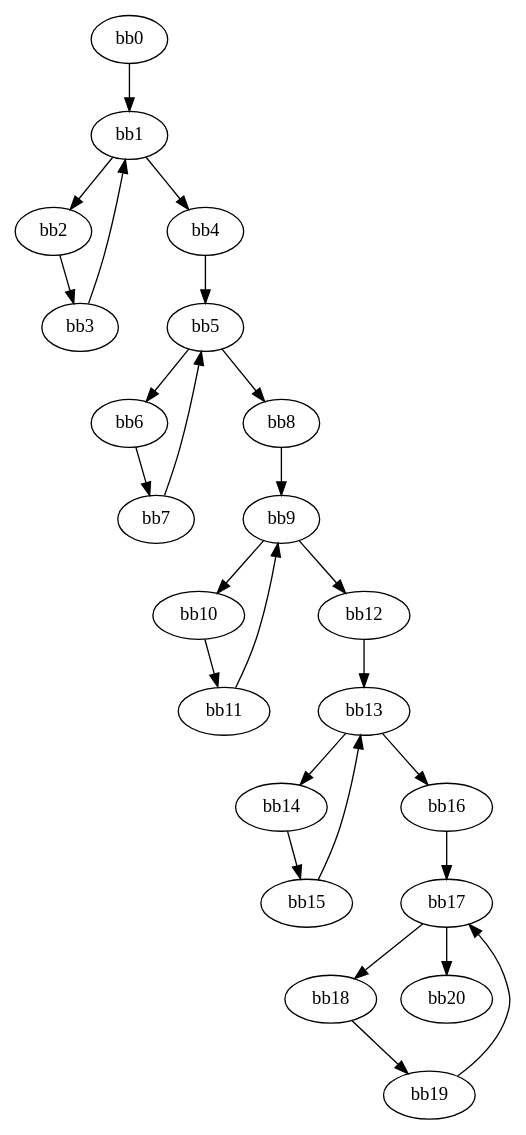
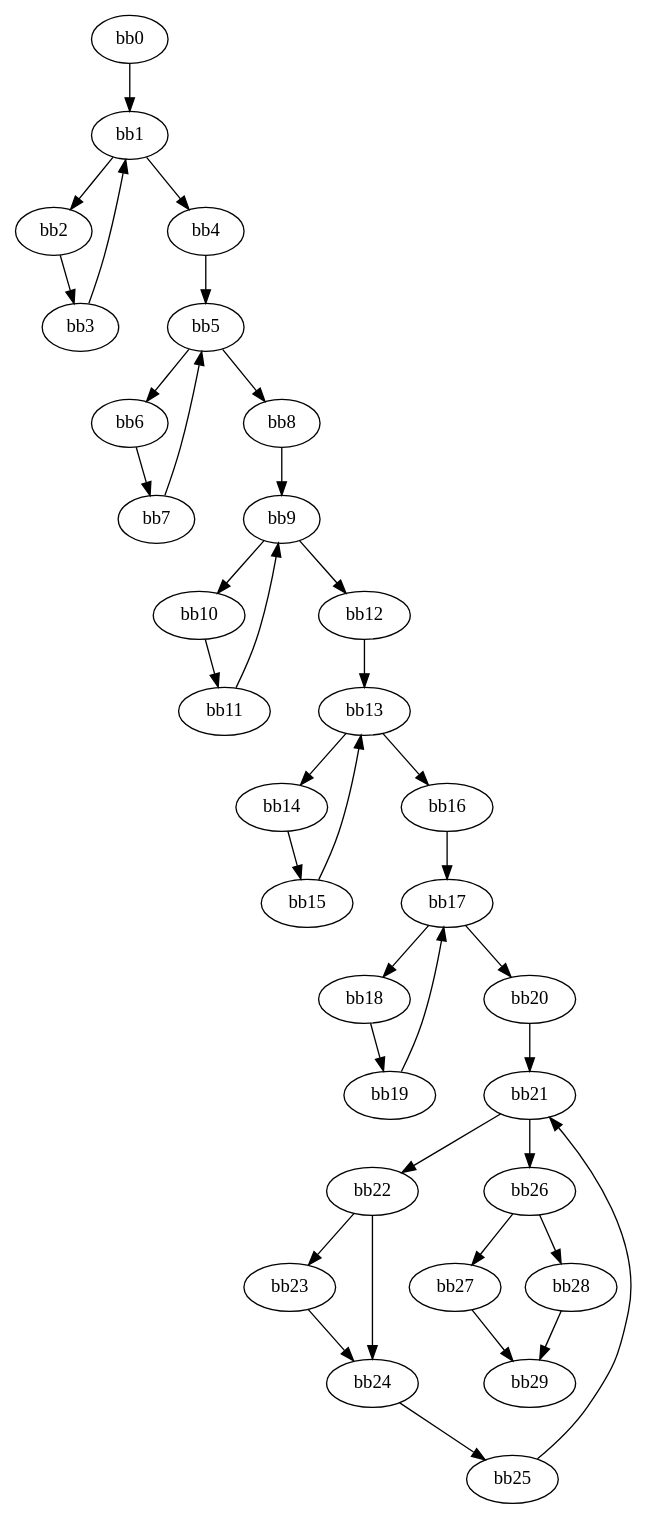
Before and after one commit to HansGiesen/hls_tuner: the diagram in Prebuilt/Synth/_sds/.llvm/_xcfg_px_cfg_main.dot, drawn with Graphviz. The commit also changed 2923 other files, not shown here.

```diff
--- a/Prebuilt/Synth/_sds/.llvm/_xcfg_px_cfg_main.dot
+++ b/Prebuilt/Synth/_sds/.llvm/_xcfg_px_cfg_main.dot
@@ -1,48 +1,69 @@
 digraph cfg {
 v0 [label = "bb0"];
 v1 [label = "bb1"];
 v2 [label = "bb2"];
 v3 [label = "bb3"];
 v4 [label = "bb4"];
 v5 [label = "bb5"];
 v6 [label = "bb6"];
 v7 [label = "bb7"];
 v8 [label = "bb8"];
 v9 [label = "bb9"];
 v10 [label = "bb10"];
 v11 [label = "bb11"];
 v12 [label = "bb12"];
 v13 [label = "bb13"];
 v14 [label = "bb14"];
 v15 [label = "bb15"];
 v16 [label = "bb16"];
 v17 [label = "bb17"];
 v18 [label = "bb18"];
 v19 [label = "bb19"];
 v20 [label = "bb20"];
+v21 [label = "bb21"];
+v22 [label = "bb22"];
+v23 [label = "bb23"];
+v24 [label = "bb24"];
+v25 [label = "bb25"];
+v26 [label = "bb26"];
+v27 [label = "bb27"];
+v28 [label = "bb28"];
+v29 [label = "bb29"];
 v0 -> v1;
 v1 -> v2;
 v1 -> v4;
 v2 -> v3;
 v3 -> v1;
 v4 -> v5;
 v5 -> v6;
 v5 -> v8;
 v6 -> v7;
 v7 -> v5;
 v8 -> v9;
 v9 -> v10;
 v9 -> v12;
 v10 -> v11;
 v11 -> v9;
 v12 -> v13;
 v13 -> v14;
 v13 -> v16;
 v14 -> v15;
 v15 -> v13;
 v16 -> v17;
 v17 -> v18;
 v17 -> v20;
 v18 -> v19;
 v19 -> v17;
+v20 -> v21;
+v21 -> v22;
+v21 -> v26;
+v22 -> v24;
+v22 -> v23;
+v23 -> v24;
+v24 -> v25;
+v25 -> v21;
+v26 -> v28;
+v26 -> v27;
+v27 -> v29;
+v28 -> v29;
 }
```
